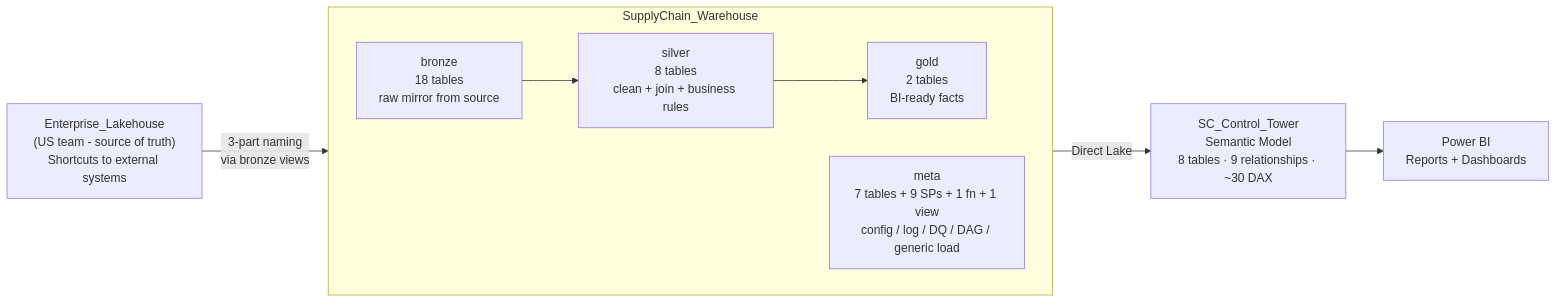
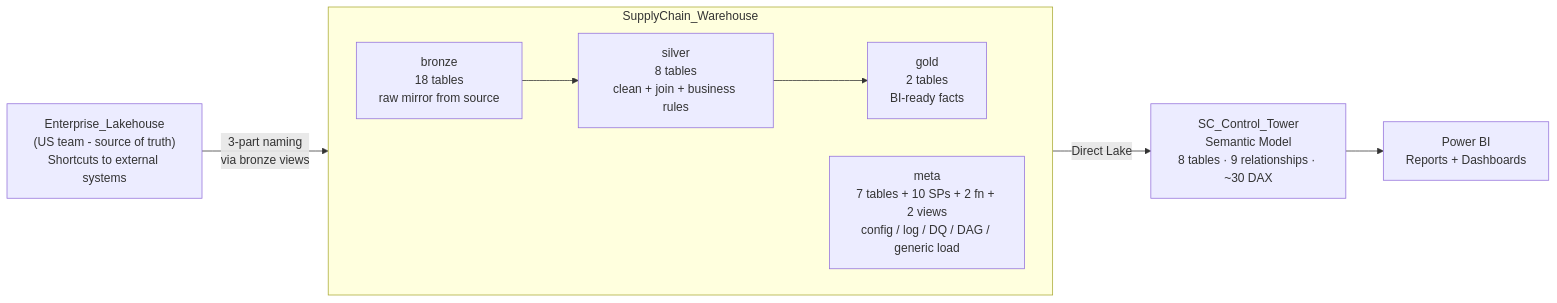
The first of 11 diagrams in Fabric_Architect/v9_architecture_supplychain.md (ankinguyen-engineer-2002/Fabric-v9-Warehouse-Medallion), drawn with Mermaid before and after one commit. The commit also changed other lines of this file and 9 other files, not shown here.

````diff
--- a/Fabric_Architect/v9_architecture_supplychain.md
+++ b/Fabric_Architect/v9_architecture_supplychain.md
@@ -12,17 +12,17 @@
 ```mermaid
 flowchart LR
     EL["Enterprise_Lakehouse\n(US team - source of truth)\nShortcuts to external systems"]
 
     subgraph WH["SupplyChain_Warehouse"]
         direction LR
         B["bronze\n18 tables\nraw mirror from source"]
         S["silver\n8 tables\nclean + join + business rules"]
         G["gold\n2 tables\nBI-ready facts"]
-        M["meta\n7 tables + 9 SPs + 1 fn + 1 view\nconfig / log / DQ / DAG / generic load"]
+        M["meta\n7 tables + 10 SPs + 2 fn + 2 views\nconfig / log / DQ / DAG / generic load"]
         B --> S --> G
     end
 
     EL -->|"3-part naming\nvia bronze views"| B
     G -->|"Direct Lake"| SM["SC_Control_Tower\nSemantic Model\n8 tables · 9 relationships · ~30 DAX"]
     SM --> PBI["Power BI\nReports + Dashboards"]
 ```
````
